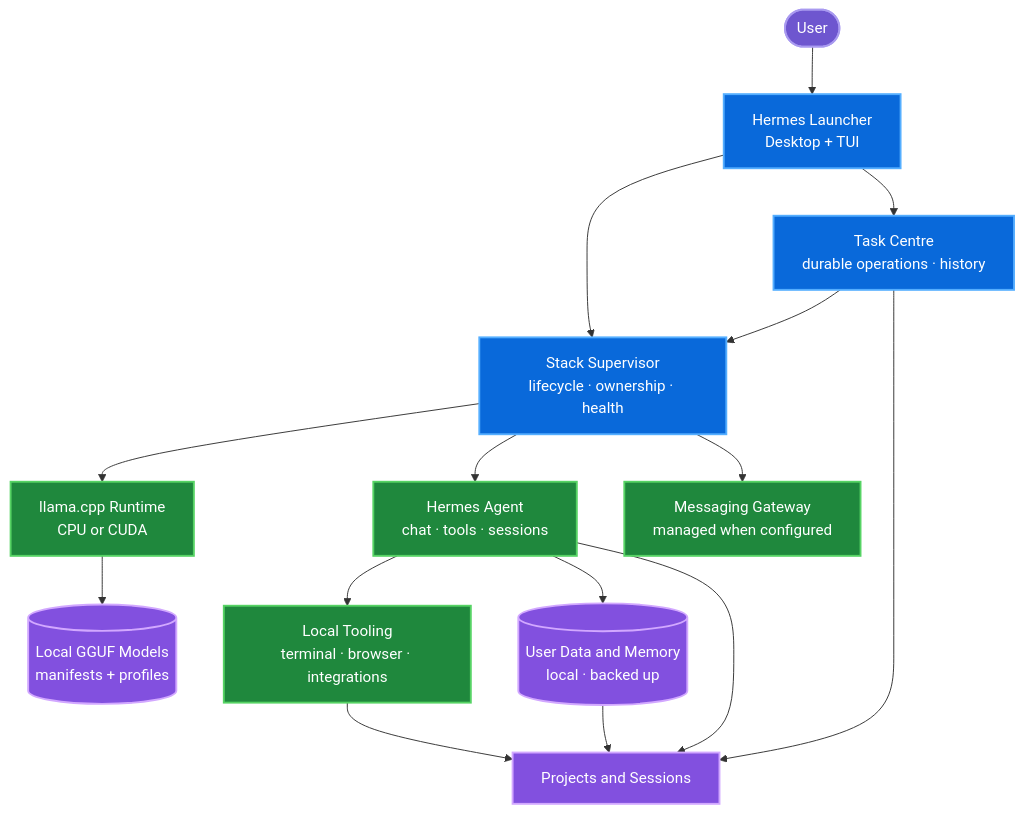
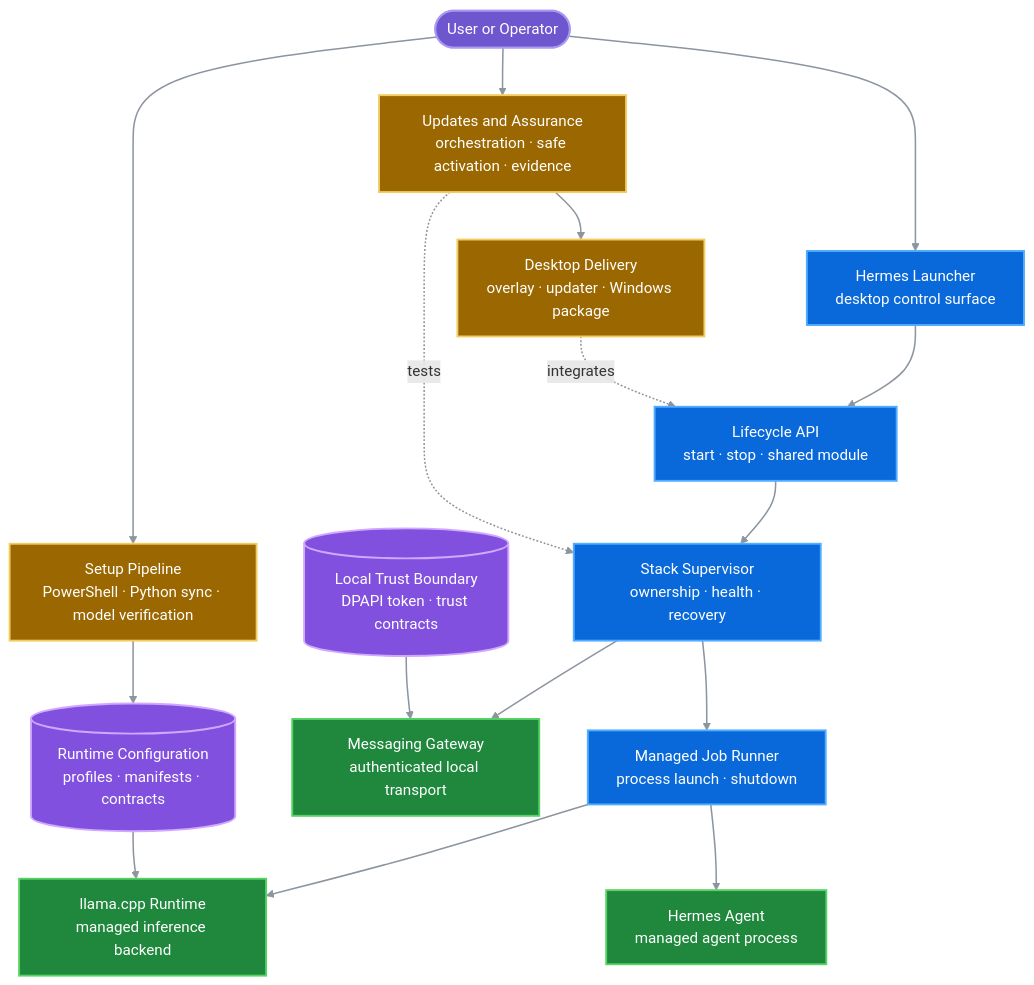
One commit to xdCloudy/Hermes-Local changed the diagram in README.md. Above: the diagram before and after it, drawn with Mermaid.

Commit message:
Enhance architecture diagram in README
Expanded architecture diagram to include Operator, Setup, Assurance, and Delivery components.

````diff
--- a/README.md
+++ b/README.md
@@ -149,26 +149,51 @@
 ```mermaid
 flowchart TB
-    User([User]) --> Launcher["Hermes Launcher<br/>Desktop + TUI"]
-    Launcher --> Supervisor["Stack Supervisor<br/>lifecycle · ownership · health"]
-    Launcher --> Tasks["Task Centre<br/>durable operations · history"]
-    Supervisor --> Runtime["llama.cpp Runtime<br/>CPU or CUDA"]
-    Runtime --> Models[("Local GGUF Models<br/>manifests + profiles")]
-    Supervisor --> Agent["Hermes Agent<br/>chat · tools · sessions"]
-    Supervisor --> Gateway["Messaging Gateway<br/>managed when configured"]
-    Agent --> Tooling["Local Tooling<br/>terminal · browser · integrations"]
-    Agent --> Memory[("User Data and Memory<br/>local · backed up")]
-    Agent --> Projects["Projects and Sessions"]
-    Tasks --> Supervisor
-    Tasks --> Projects
-    Tooling --> Projects
-    Memory --> Projects
+    Operator([User or Operator])
 
-    classDef user fill:#6e56cf,stroke:#a99af0,color:#fff,stroke-width:2px;
-    classDef control fill:#0969da,stroke:#54aeff,color:#fff,stroke-width:2px;
-    classDef engine fill:#1f883d,stroke:#56d364,color:#fff,stroke-width:2px;
-    classDef data fill:#8250df,stroke:#d2a8ff,color:#fff,stroke-width:2px;
-    class User user;
-    class Launcher,Supervisor,Tasks control;
-    class Agent,Runtime,Gateway,Tooling engine;
-    class Models,Memory,Projects data;
+    Operator --> Launcher["Hermes Launcher<br/>desktop control surface"]
+    Operator --> Setup["Setup Pipeline<br/>PowerShell · Python sync · model verification"]
+    Operator --> Assurance["Updates and Assurance<br/>orchestration · safe activation · evidence"]
+
+    Launcher --> Lifecycle["Lifecycle API<br/>start · stop · shared module"]
+    Lifecycle --> Supervisor["Stack Supervisor<br/>ownership · health · recovery"]
+    Supervisor --> Job["Managed Job Runner<br/>process launch · shutdown"]
+
+    Job --> Runtime["llama.cpp Runtime<br/>managed inference backend"]
+    Job --> Agent["Hermes Agent<br/>managed agent process"]
+    Supervisor --> Gateway["Messaging Gateway<br/>authenticated local transport"]
+
+    Setup --> Config[("Runtime Configuration<br/>profiles · manifests · contracts")]
+    Config --> Runtime
+
+    Security[("Local Trust Boundary<br/>DPAPI token · trust contracts")]
+    Security --> Gateway
+
+    Assurance --> Delivery["Desktop Delivery<br/>overlay · updater · Windows package"]
+    Delivery -.->|"integrates"| Lifecycle
+    Assurance -.->|"tests"| Supervisor
+
+    classDef user fill:#6e56cf,stroke:#a99af0,color:#ffffff,stroke-width:2px;
+    classDef control fill:#0969da,stroke:#54aeff,color:#ffffff,stroke-width:2px;
+    classDef engine fill:#1f883d,stroke:#56d364,color:#ffffff,stroke-width:2px;
+    classDef data fill:#8250df,stroke:#d2a8ff,color:#ffffff,stroke-width:2px;
+    classDef assurance fill:#9a6700,stroke:#f2cc60,color:#ffffff,stroke-width:2px;
+
+    class Operator user;
+    class Launcher,Lifecycle,Supervisor,Job control;
+    class Runtime,Agent,Gateway engine;
+    class Config,Security data;
+    class Setup,Assurance,Delivery assurance;
+
+    linkStyle default stroke:#8c959f,stroke-width:1.6px;
+
+    click Setup "https://github.com/xdcloudy/hermes-local/blob/main/Setup-Hermes-Local.ps1"
+    click Launcher "https://github.com/xdcloudy/hermes-local/blob/main/Build-Hermes-Launcher.ps1"
+    click Lifecycle "https://github.com/xdcloudy/hermes-local/blob/main/scripts/Common-Hermes.psm1"
+    click Supervisor "https://github.com/xdcloudy/hermes-local/blob/main/scripts/supervisor/Hermes-Supervisor.ps1"
+    click Job "https://github.com/xdcloudy/hermes-local/blob/main/scripts/supervisor/Hermes-Job.ps1"
+    click Config "https://github.com/xdcloudy/hermes-local/blob/main/config/profiles/profiles.json"
+    click Gateway "https://github.com/xdcloudy/hermes-local/blob/main/scripts/Hermes-Gateway.psm1"
+    click Security "https://github.com/xdcloudy/hermes-local/blob/main/config/schemas/trust-contracts.schema.json"
+    click Assurance "https://github.com/xdcloudy/hermes-local/blob/main/scripts/Hermes-UpdateOrchestrator.psm1"
+    click Delivery "https://github.com/xdcloudy/hermes-local/blob/main/Apply-Hermes-LauncherOverlay.ps1"
 ```
````
